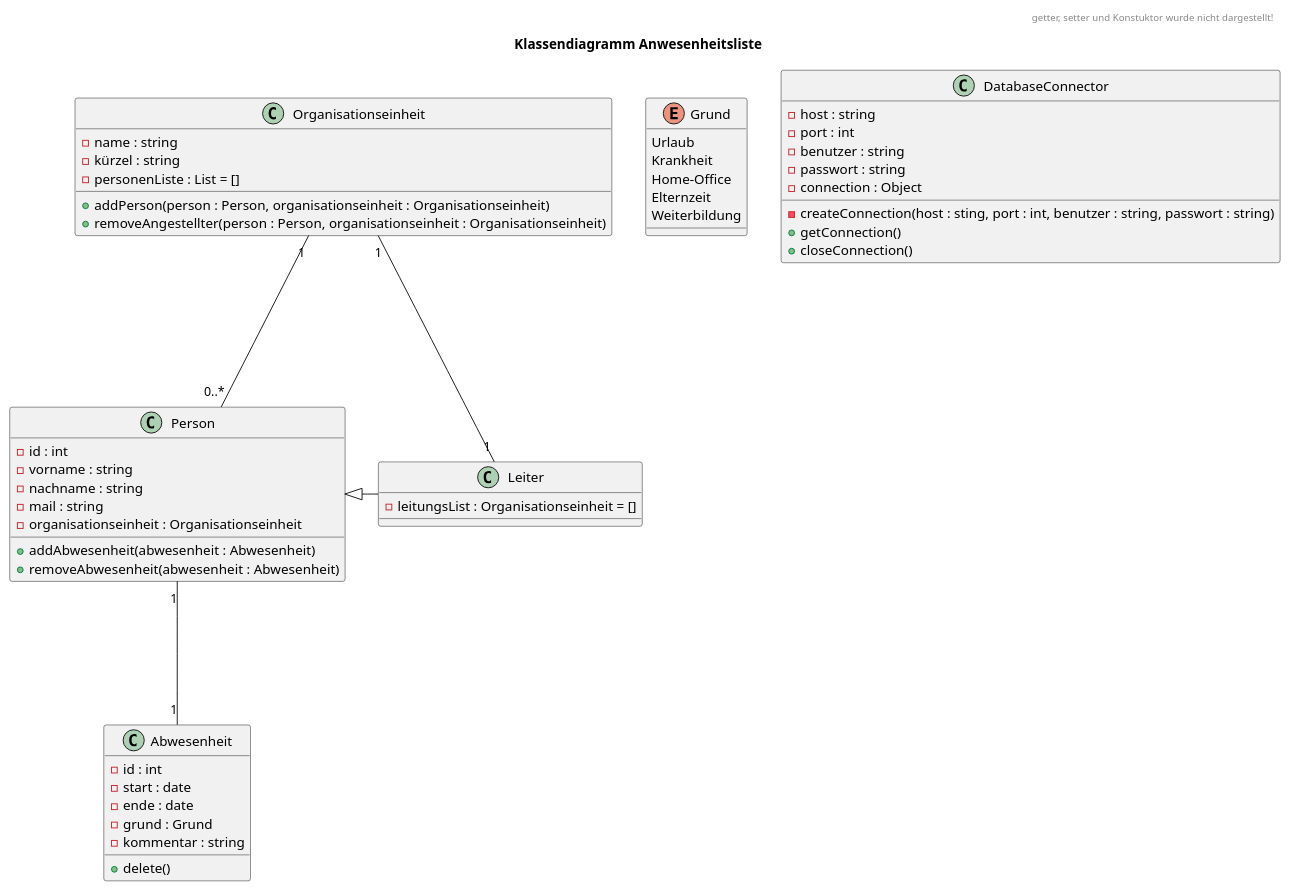
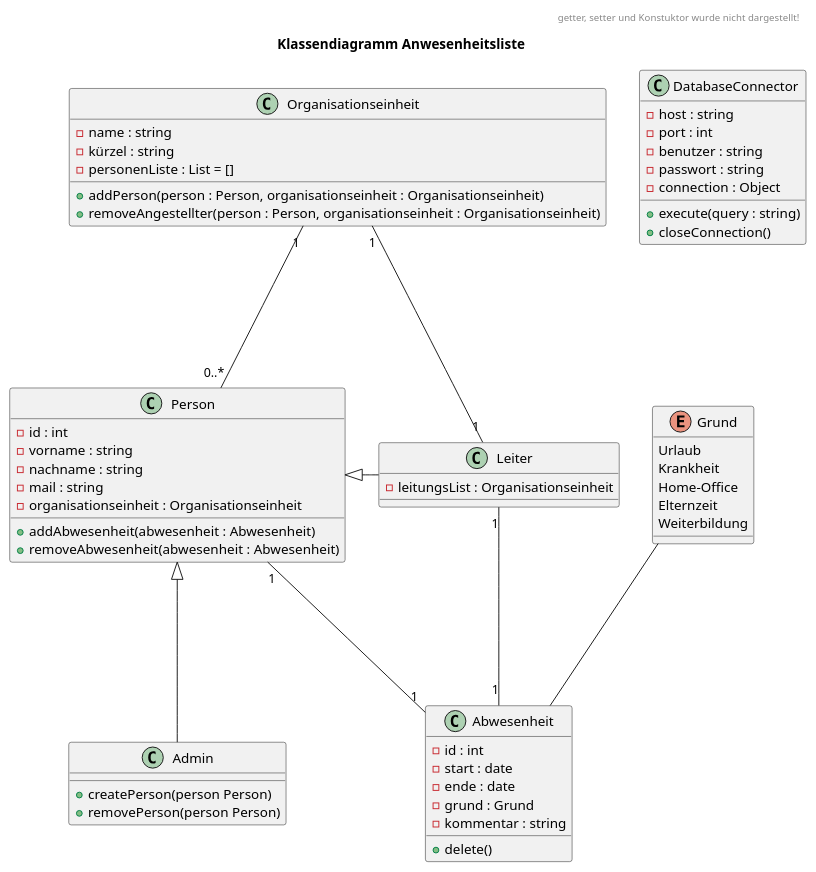
Before and after one commit to The8Monkey/Moderne-Softwareentwicklung: the diagram in uml/klassen.wsd, drawn with PlantUML. The commit also changed 1 other file, not shown here.

```diff
--- a/uml/klassen.wsd
+++ b/uml/klassen.wsd
@@ -1,81 +1,87 @@
 @startuml
 title
 Klassendiagramm Anwesenheitsliste
 end title
 ' left to right direction
 skinparam ranksep 150
 
 header getter, setter und Konstuktor wurde nicht dargestellt!
 
 class Person{
     -id : int
     -vorname : string
     -nachname : string
     -mail : string
     -organisationseinheit : Organisationseinheit
     +addAbwesenheit(abwesenheit : Abwesenheit)
     +removeAbwesenheit(abwesenheit : Abwesenheit)
     ' +getId()
     ' +getVorname()
     ' +getNachame()
     ' +getName()
     ' +getMail()
     ' +getOrganisationseinheit()
     ' +setId()
     ' +setVorname()
     ' +setNachame()
     ' +setName()
     ' +setMail()
     ' +setOrganisationseinheit()
 }
 
 class Leiter{
-    -leitungsList : Organisationseinheit = []
+    -leitungsList : Organisationseinheit
     ' +getLeitung()
     ' +setLeitung()
+}
+
+class Admin{
+    +createPerson(person Person)
+    +removePerson(person Person)
 }
 
 class Organisationseinheit{
     -name : string
     -kürzel : string
     -personenListe : List = []
     +addPerson(person : Person, organisationseinheit : Organisationseinheit)
     +removeAngestellter(person : Person, organisationseinheit : Organisationseinheit)
 }
 
 class Abwesenheit{
     -id : int
     -start : date
     -ende : date
     -grund : Grund
     -kommentar : string
     +delete()
 }
 
 enum Grund{
     Urlaub
     Krankheit
     Home-Office
     Elternzeit
     Weiterbildung
 }
 
 class DatabaseConnector{
     -host : string
     -port : int
     -benutzer : string
     -passwort : string
     -connection : Object
-    -createConnection(host : sting, port : int, benutzer : string, passwort : string)
-    +getConnection()
+    +execute(query : string)
     +closeConnection()
 }
 
 
 
 Person <|- Leiter
+Person <|-- Admin
 Organisationseinheit "1" -- "0..*" Person 
 Organisationseinheit "1" - "1" Leiter 
 Person "1" -- "1" Abwesenheit
-' Grund ..> Abwesenheit
+Leiter "1" -- "1" Abwesenheit
+Grund -- Abwesenheit
 @enduml
```
